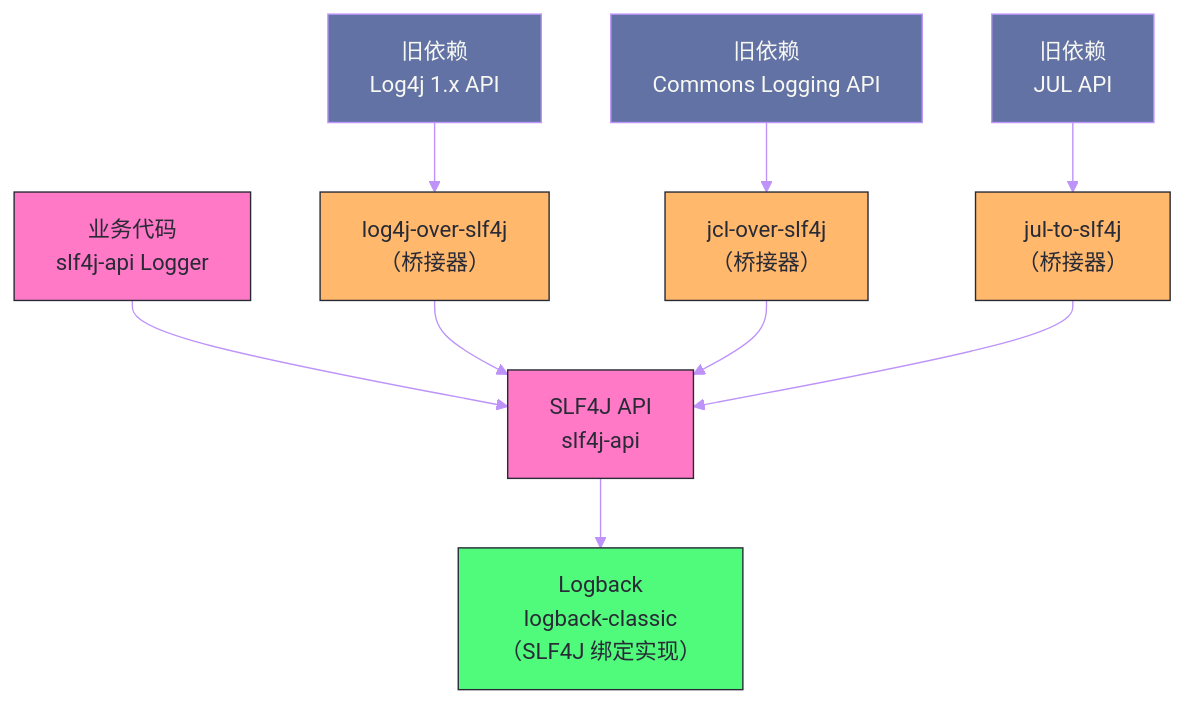
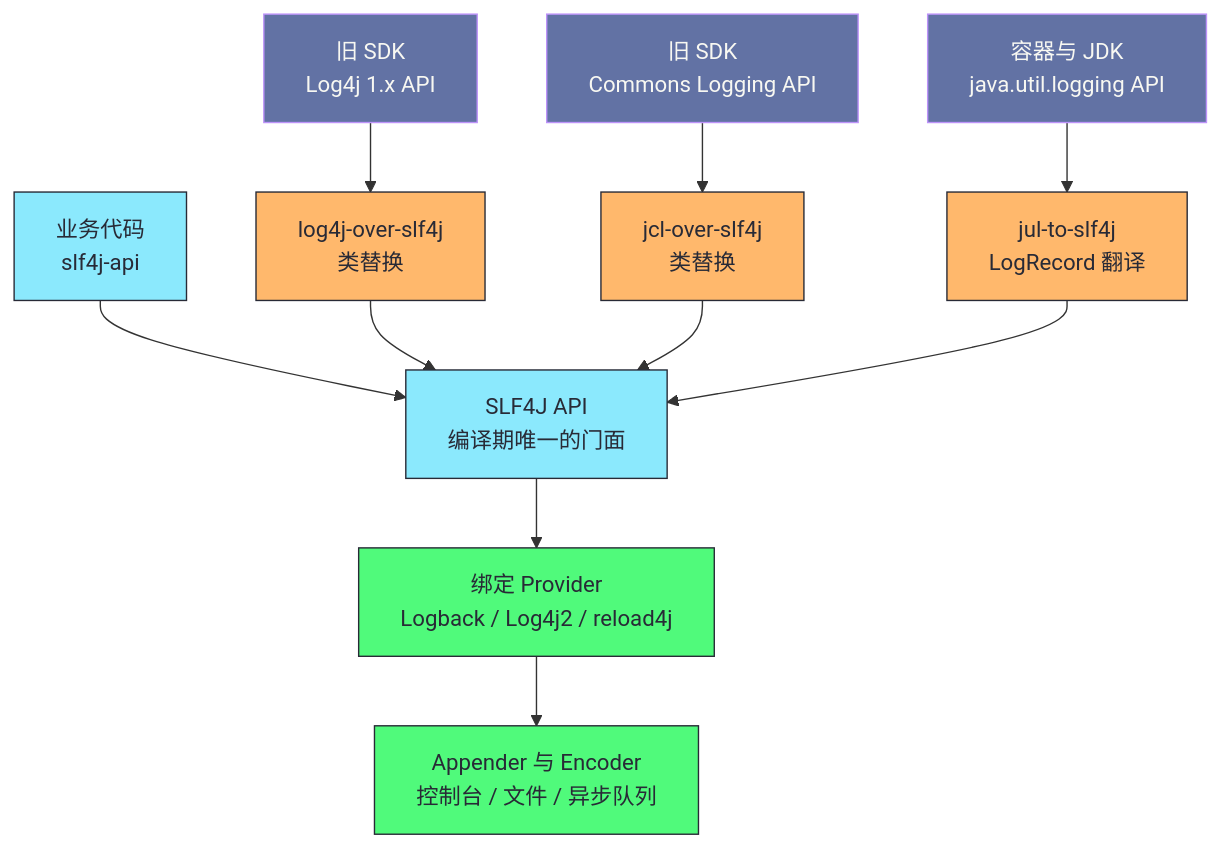
Before and after one commit to hpliStartAgain/my-brain: the first of 5 diagrams in content/Java/SpringBoot/08 日志体系——SLF4J、Logback与日志桥接.md, drawn with Mermaid. The commit also changed other lines of this file and 455 other files, not shown here.

````diff
--- a/content/Java/SpringBoot/08 日志体系——SLF4J、Logback与日志桥接.md
+++ b/content/Java/SpringBoot/08 日志体系——SLF4J、Logback与日志桥接.md
@@ -41,26 +48,27 @@
 ```mermaid
-%%{init: {'theme': 'base', 'themeVariables': {'primaryColor': '#6272a4', 'primaryTextColor': '#f8f8f2', 'primaryBorderColor': '#44475a', 'lineColor': '#bd93f9', 'secondaryColor': '#44475a', 'tertiaryColor': '#282a36', 'background': '#282a36', 'mainBkg': '#44475a', 'nodeBorder': '#6272a4', 'clusterBkg': '#282a36', 'titleColor': '#f8f8f2', 'edgeLabelBackground': '#44475a', 'fontFamily': 'monospace'}}}%%
+%%{init: {'theme': 'dracula'}}%%
 graph TD
-    classDef api fill:#ff79c6,stroke:#282a36,color:#282a36
-    classDef bridge fill:#ffb86c,stroke:#282a36,color:#282a36
-    classDef impl fill:#50fa7b,stroke:#282a36,color:#282a36
-    classDef legacy fill:#6272a4,stroke:#bd93f9,color:#f8f8f2
+    A["业务代码<br/>slf4j-api"]:::api
+    B["旧 SDK<br/>Log4j 1.x API"]:::legacy
+    C["旧 SDK<br/>Commons Logging API"]:::legacy
+    D["容器与 JDK<br/>java.util.logging API"]:::legacy
 
-    A["业务代码</br>slf4j-api Logger"]:::api
-    B["旧依赖</br>Log4j 1.x API"]:::legacy
-    C["旧依赖</br>Commons Logging API"]:::legacy
-    D["旧依赖</br>JUL API"]:::legacy
+    E["log4j-over-slf4j<br/>类替换"]:::bridge
+    F["jcl-over-slf4j<br/>类替换"]:::bridge
+    G["jul-to-slf4j<br/>LogRecord 翻译"]:::bridge
 
-    E["log4j-over-slf4j</br>（桥接器）"]:::bridge
-    F["jcl-over-slf4j</br>（桥接器）"]:::bridge
-    G["jul-to-slf4j</br>（桥接器）"]:::bridge
-
-    H["SLF4J API</br>slf4j-api"]:::api
-    I["Logback</br>logback-classic</br>（SLF4J 绑定实现）"]:::impl
+    H["SLF4J API<br/>编译期唯一的门面"]:::api
+    I["绑定 Provider<br/>Logback / Log4j2 / reload4j"]:::impl
+    J["Appender 与 Encoder<br/>控制台 / 文件 / 异步队列"]:::impl
 
     A --> H
     B --> E --> H
     C --> F --> H
     D --> G --> H
-    H --> I
+    H --> I --> J
+
+    classDef api fill:#8be9fd,stroke:#282a36,color:#282a36
+    classDef bridge fill:#ffb86c,stroke:#282a36,color:#282a36
+    classDef impl fill:#50fa7b,stroke:#282a36,color:#282a36
+    classDef legacy fill:#6272a4,stroke:#bd93f9,color:#f8f8f2
 ```
````
